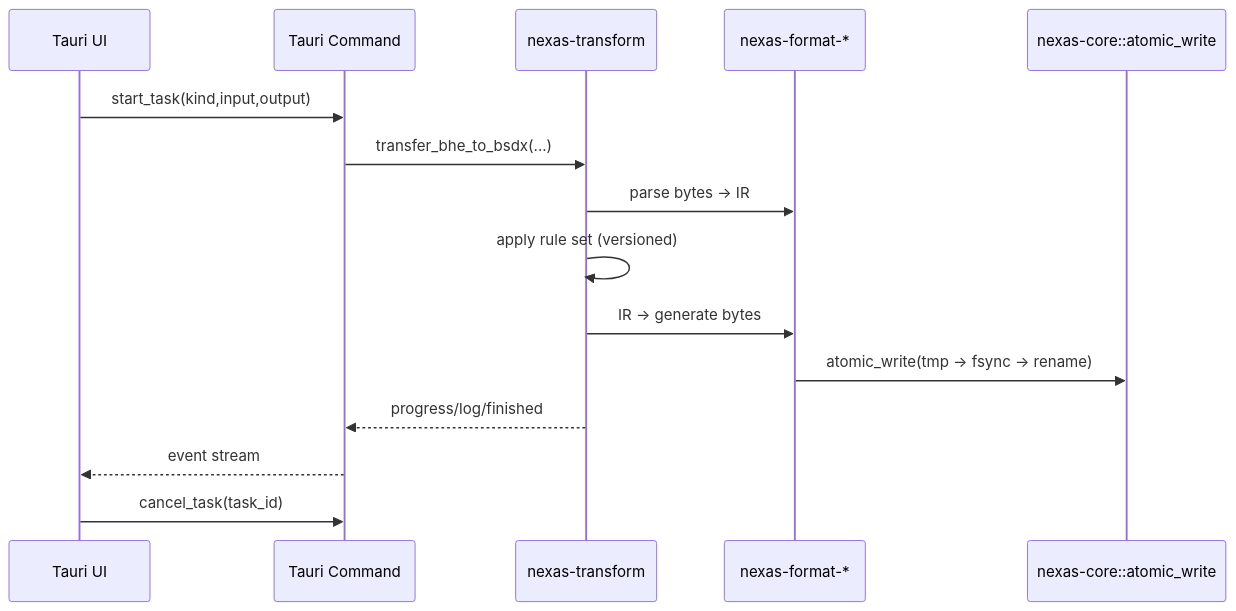
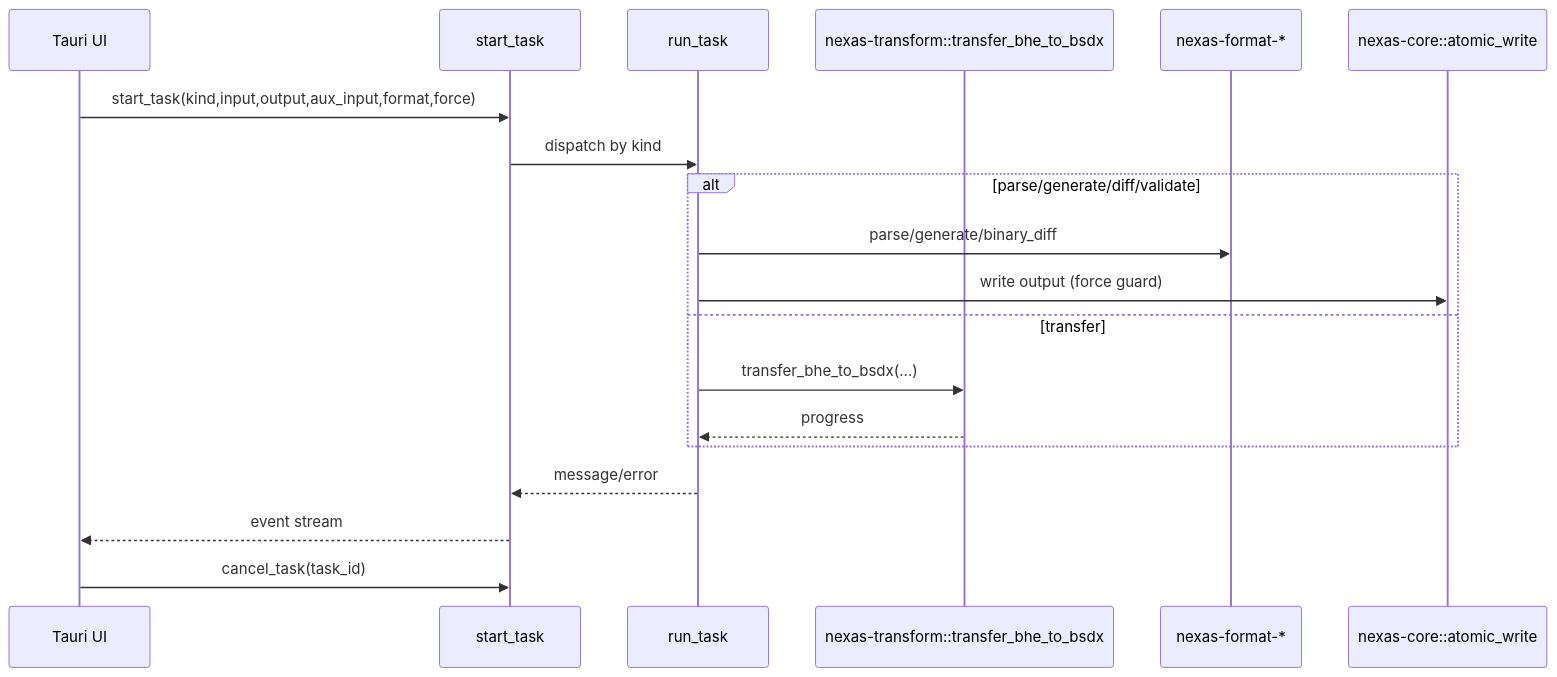
One commit to Karaik/NeXAS_DX changed the fifth of 14 diagrams in docs/project-deep-dive/flow.md. Above: the diagram before and after it, drawn with Mermaid. The commit also changed other lines of this file and 27 other files, not shown here.

Commit message:
feat(transfer): finalize dependency-closed flow and regression docs

````diff
--- a/docs/project-deep-dive/flow.md
+++ b/docs/project-deep-dive/flow.md
@@ -132,18 +132,22 @@
 ```mermaid
 sequenceDiagram
   participant UI as Tauri UI
-  participant CMD as Tauri Command
-  participant TF as nexas-transform
+  participant CMD as start_task
+  participant RT as run_task
+  participant TF as nexas-transform::transfer_bhe_to_bsdx
   participant FMT as nexas-format-*
   participant IO as nexas-core::atomic_write
 
-  UI->>CMD: start_task(kind,input,output)
-  CMD->>TF: transfer_bhe_to_bsdx(...)
-  TF->>FMT: parse bytes -> IR
-  TF->>TF: apply rule set (versioned)
-  TF->>FMT: IR -> generate bytes
-  FMT->>IO: atomic_write(tmp -> fsync -> rename)
-  TF-->>CMD: progress/log/finished
+  UI->>CMD: start_task(kind,input,output,aux_input,format,force)
+  CMD->>RT: dispatch by kind
+  alt parse/generate/diff/validate
+    RT->>FMT: parse/generate/binary_diff
+    RT->>IO: write output (force guard)
+  else transfer
+    RT->>TF: transfer_bhe_to_bsdx(...)
+    TF-->>RT: progress
+  end
+  RT-->>CMD: message/error
   CMD-->>UI: event stream
   UI->>CMD: cancel_task(task_id)
 ```
````
